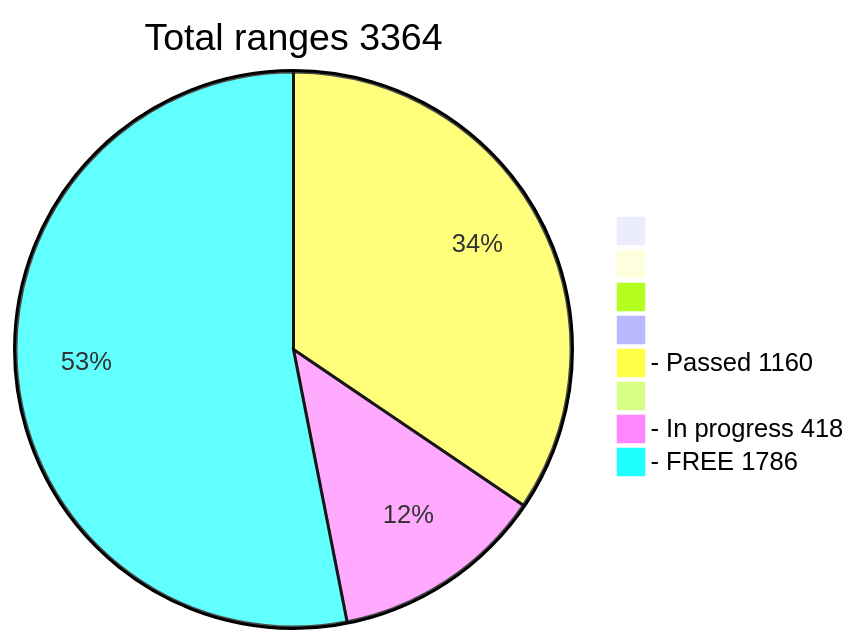
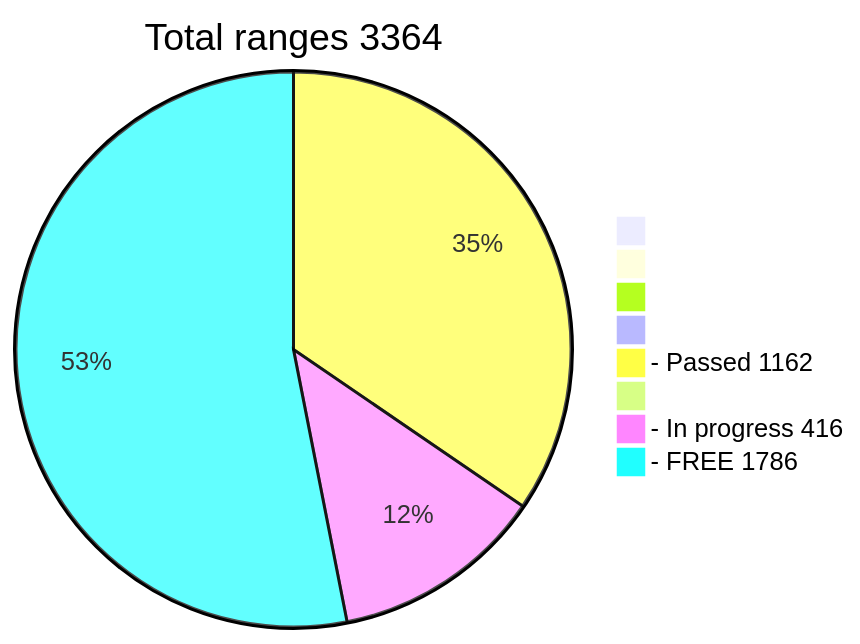
Before and after one commit to phrutis/wif500: the diagram in README.md, drawn with Mermaid.

````diff
--- a/README.md
+++ b/README.md
@@ -16,12 +16,12 @@
 ```mermaid
 pie title Total ranges 3364
              " " : 0
             "  " : 0
            "   " : 0
           "    " : 0
-  "- Passed 1160" : 1160
+  "- Passed 1162" : 1162
          "     " : 0
-  "- In progress 418" : 418
+  "- In progress 416" : 416
    "- FREE 1786" : 1786
    
 ```
````
